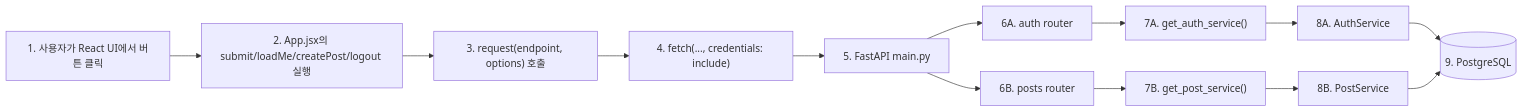
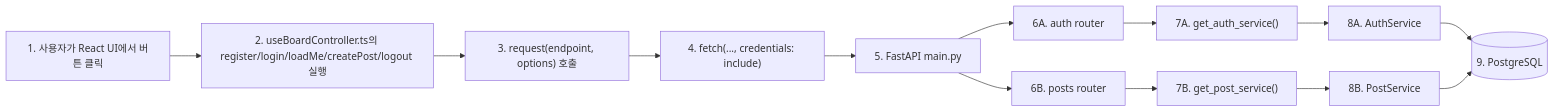
The third of 10 diagrams in docs2/sprint-2/implementation-record.md (JUNGLE-TEAM1/W16_team_sprint), drawn with Mermaid before and after one commit. The commit also changed other lines of this file and 5 other files, not shown here.

````diff
--- a/docs2/sprint-2/implementation-record.md
+++ b/docs2/sprint-2/implementation-record.md
@@ -168,15 +171,15 @@
 ```mermaid
 flowchart LR
-    A1["1. 사용자가 React UI에서 버튼 클릭"] --> A2["2. App.jsx의 submit/loadMe/createPost/logout 실행"]
+    A1["1. 사용자가 React UI에서 버튼 클릭"] --> A2["2. useBoardController.ts의 register/login/loadMe/createPost/logout 실행"]
     A2 --> A3["3. request(endpoint, options) 호출"]
     A3 --> A4["4. fetch(..., credentials: include)"]
     A4 --> A5["5. FastAPI main.py"]
     A5 --> A6["6A. auth router"]
     A5 --> A7["6B. posts router"]
     A6 --> A8["7A. get_auth_service()"]
     A7 --> A9["7B. get_post_service()"]
     A8 --> A10["8A. AuthService"]
     A9 --> A11["8B. PostService"]
     A10 --> A12[("9. PostgreSQL")]
     A11 --> A12
 ```
````
